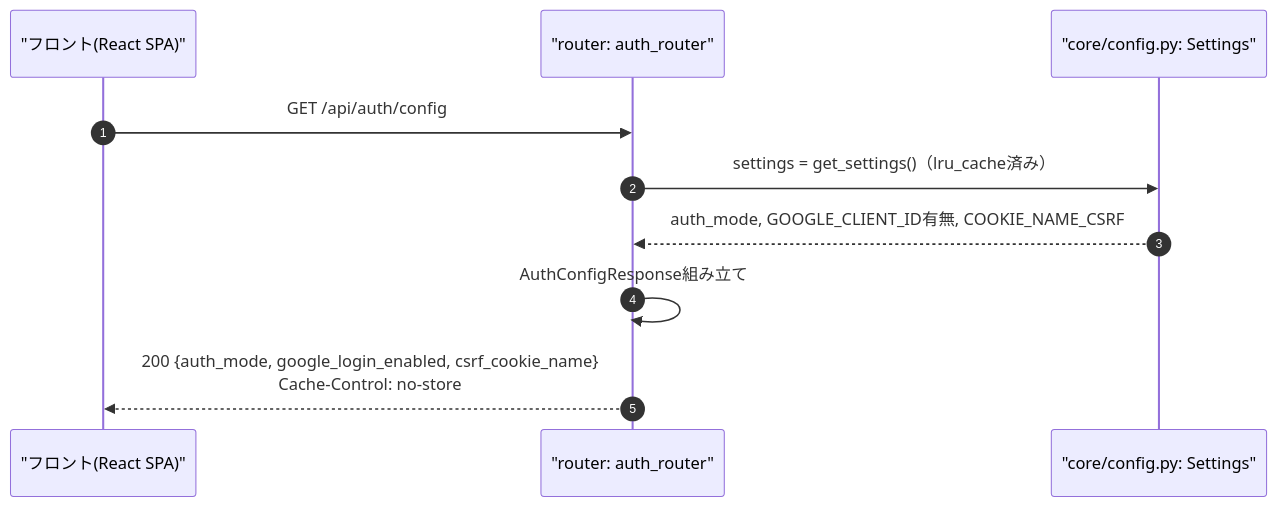
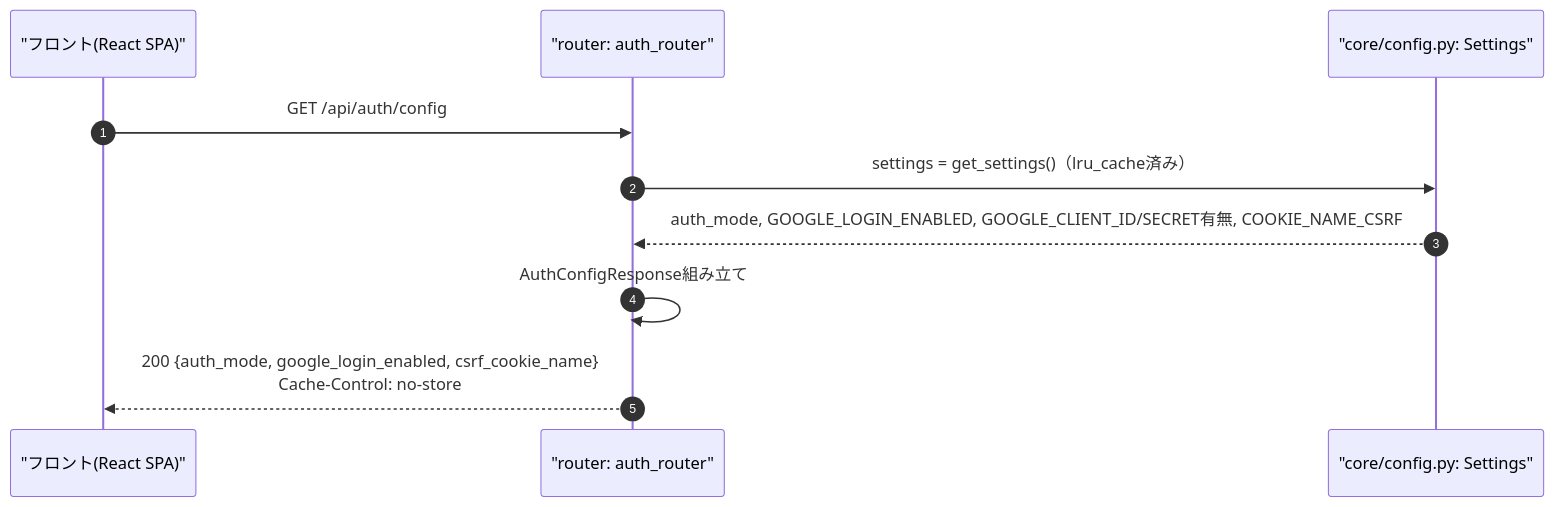
One commit to oikawa-d/task_management changed the first of 3 diagrams in docs/detailed_design/api/auth/05_get_auth_config.md. Above: the diagram before and after it, drawn with Mermaid. The commit also changed other lines of this file and 10 other files, not shown here.

Commit message:
fix: #397 GOOGLE_LOGIN_ENABLED無効時のOAuth APIを停止

````diff
--- a/docs/detailed_design/api/auth/05_get_auth_config.md
+++ b/docs/detailed_design/api/auth/05_get_auth_config.md
@@ -65,13 +65,13 @@
 ```mermaid
 sequenceDiagram
     autonumber
     participant FE as "フロント(React SPA)"
     participant R as "router: auth_router"
     participant SET as "core/config.py: Settings"
 
     FE->>R: GET /api/auth/config
     R->>SET: settings = get_settings()（lru_cache済み）
-    SET-->>R: auth_mode, GOOGLE_CLIENT_ID有無, COOKIE_NAME_CSRF
+    SET-->>R: auth_mode, GOOGLE_LOGIN_ENABLED, GOOGLE_CLIENT_ID/SECRET有無, COOKIE_NAME_CSRF
     R->>R: AuthConfigResponse組み立て
     R-->>FE: 200 {auth_mode, google_login_enabled, csrf_cookie_name}<br/>Cache-Control: no-store
 ```
````
